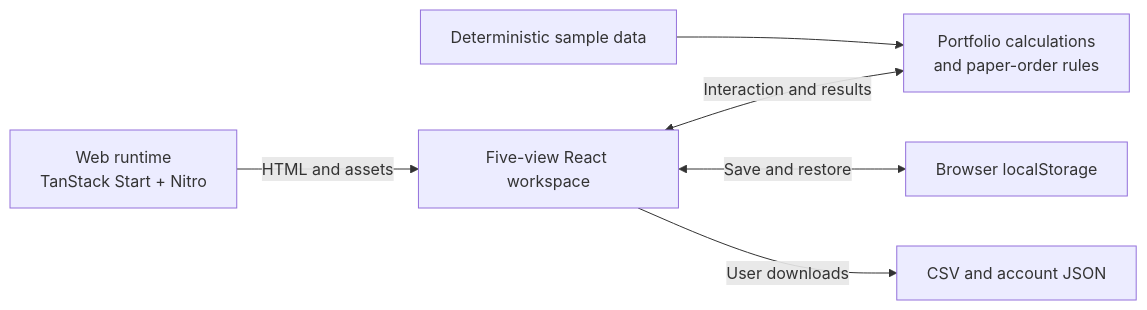
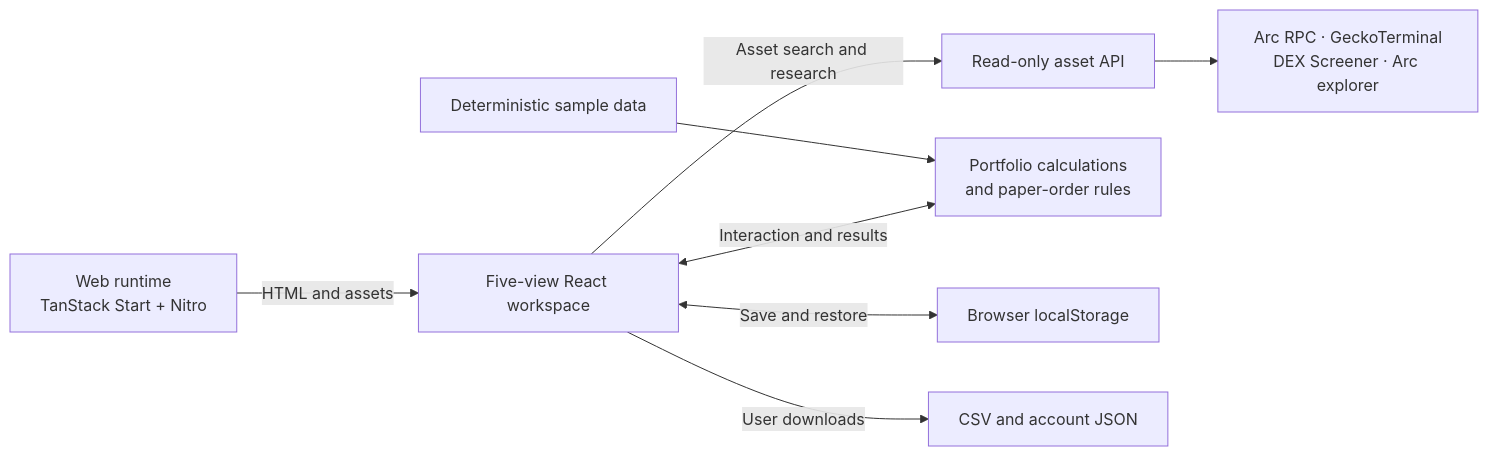
The diagram in README.md (ArcwellLabs/arcwell-public), drawn with Mermaid before and after one commit. The commit also changed other lines of this file and 4 other files, not shown here.

Commit message:
Document live Arc research sources and coverage boundaries

````diff
--- a/README.md
+++ b/README.md
@@ -113,8 +121,10 @@
 ```mermaid
 flowchart LR
     Runtime["Web runtime<br/>TanStack Start + Nitro"] -->|"HTML and assets"| UI["Five-view React workspace"]
+    UI -->|"Asset search and research"| API["Read-only asset API"]
+    API --> Sources["Arc RPC · GeckoTerminal<br/>DEX Screener · Arc explorer"]
     Fixtures["Deterministic sample data"] --> Logic["Portfolio calculations<br/>and paper-order rules"]
     UI <-->|"Interaction and results"| Logic
     UI <-->|"Save and restore"| Store["Browser localStorage"]
     UI -->|"User downloads"| Export["CSV and account JSON"]
 ```
````
